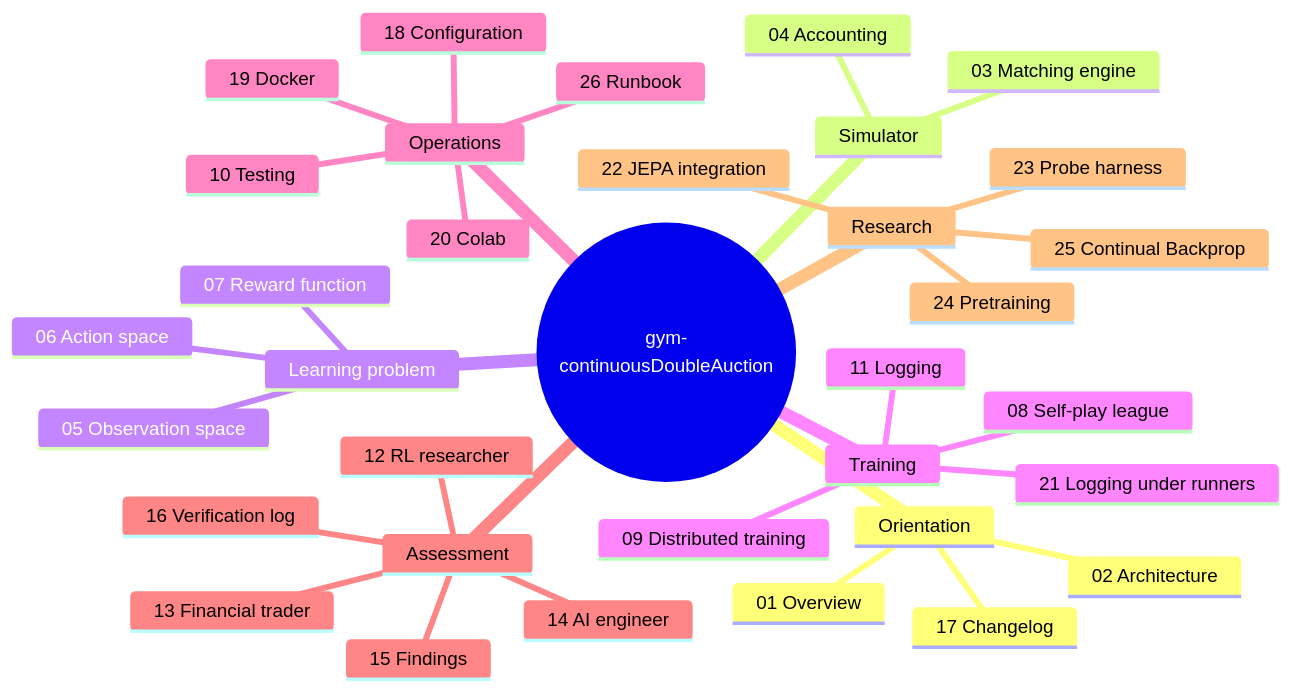
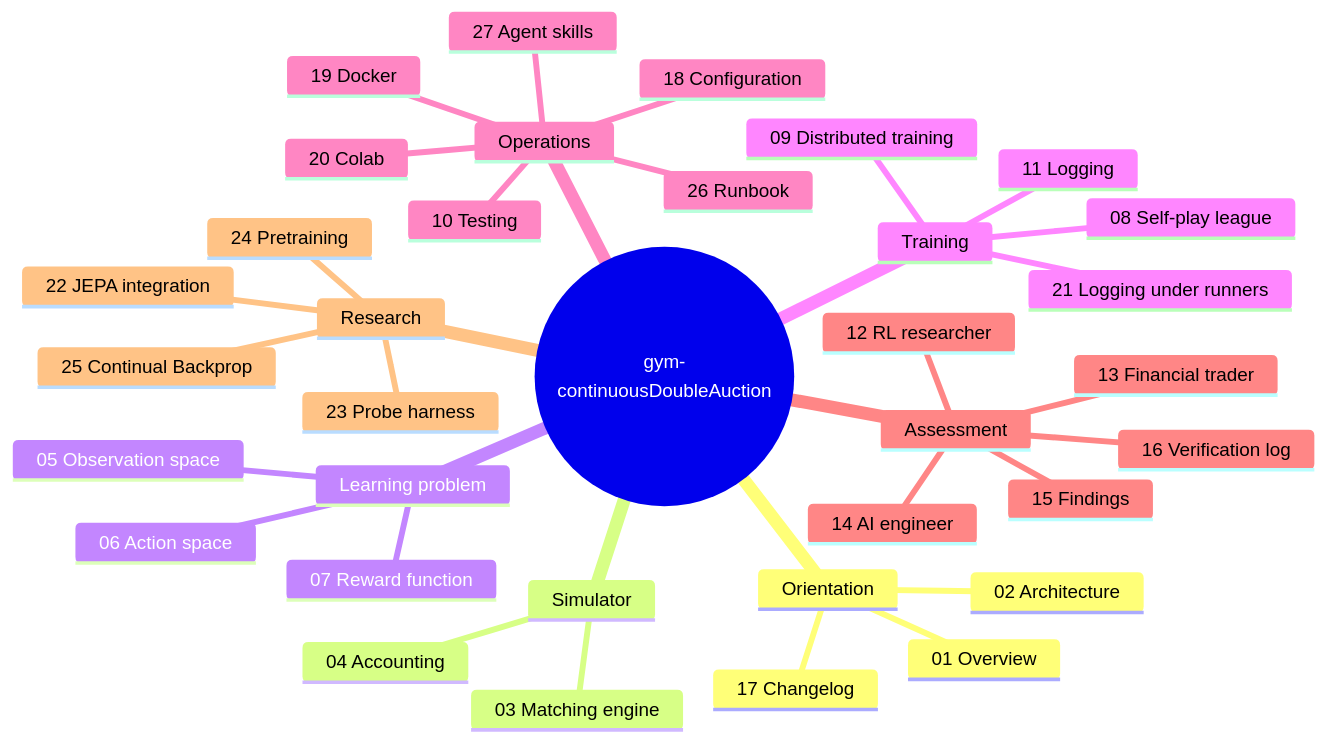
Before and after one commit to ChuaCheowHuan/gym-continuousDoubleAuction: the diagram in doc/README.md, drawn with Mermaid. The commit also changed other lines of this file and 1 other file, not shown here.

Commit message:
Propose the agent skills this repository would pay for (doc 27)
Skills drawn from work done by hand in the review passes: keeping docs,
code and the issue tracker in step, verifying a finding before fixing it,
ledger-invariant scans, adding a config key, the branch and PR routine,
refactor scouting, and the three research workflows. Each entry has its
evidence, steps, the scripts it needs and the mistakes it must not repeat,
with a build order and a list of what not to build. Indexed in doc/README.

Claude-Session: https://claude.ai/code/session_01XGufaLWDXDJhfQpKc4CoBE

````diff
--- a/doc/README.md
+++ b/doc/README.md
@@ -9,37 +9,38 @@
 ```mermaid
 mindmap
   root(("gym-continuousDoubleAuction"))
     Orientation
       01 Overview
       02 Architecture
       17 Changelog
     Simulator
       03 Matching engine
       04 Accounting
     Learning problem
       05 Observation space
       06 Action space
       07 Reward function
     Training
       08 Self-play league
       09 Distributed training
       11 Logging
       21 Logging under runners
     Operations
       26 Runbook
+      27 Agent skills
       18 Configuration
       19 Docker
       20 Colab
       10 Testing
     Assessment
       12 RL researcher
       13 Financial trader
       14 AI engineer
       15 Findings
       16 Verification log
     Research
       22 JEPA integration
       23 Probe harness
       24 Pretraining
       25 Continual Backprop
 ```
````
